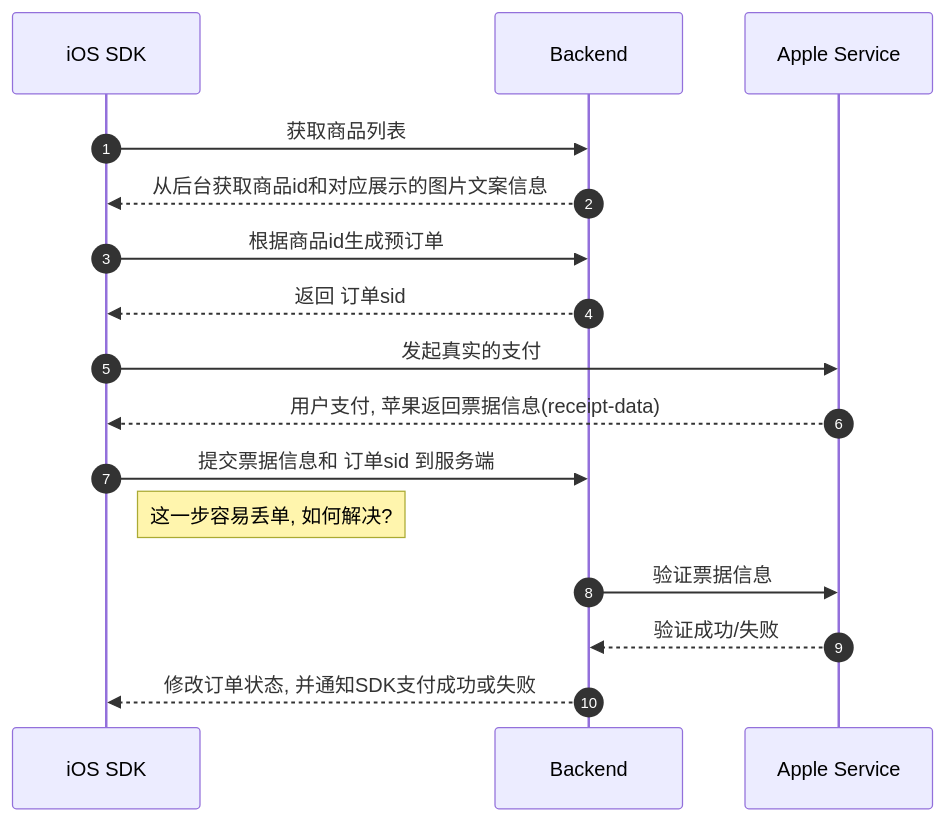
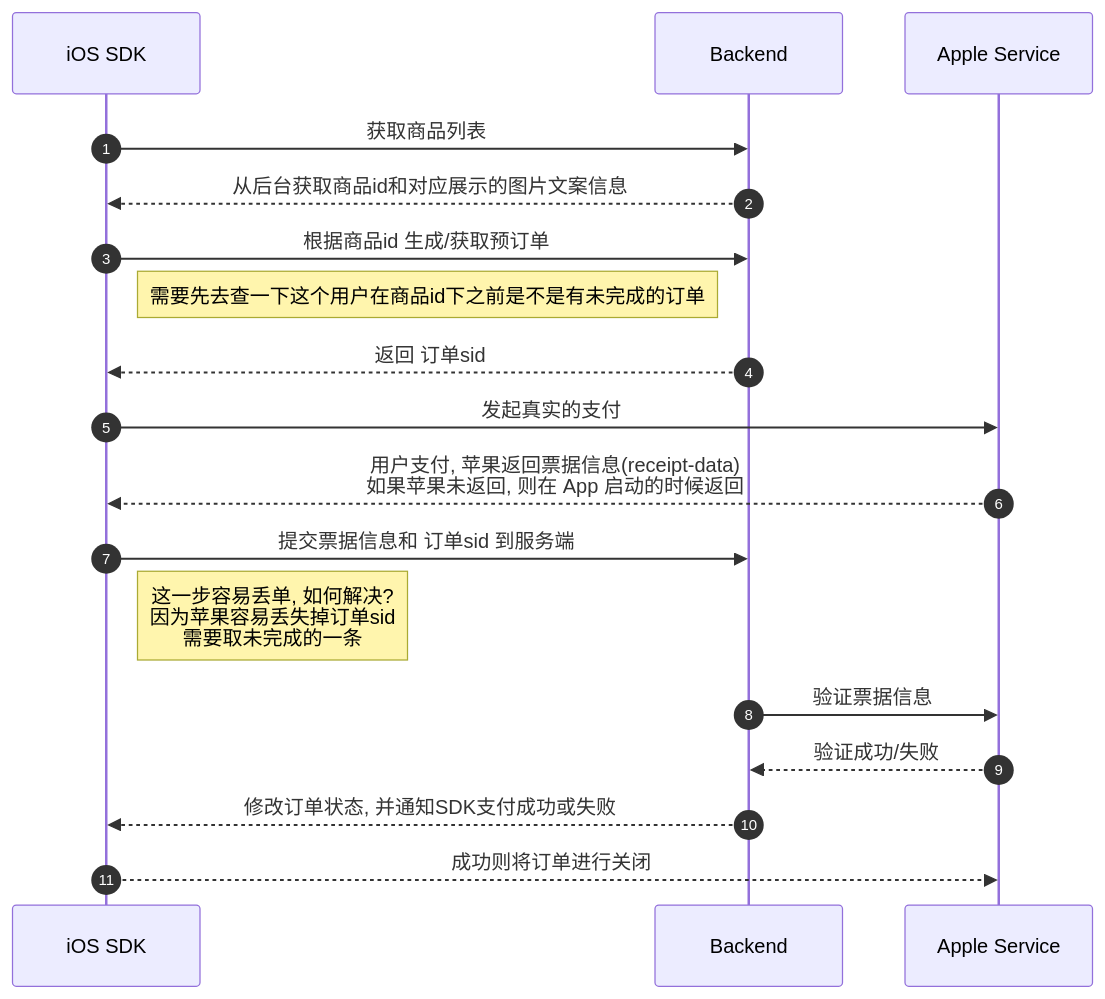
The first of 2 diagrams in _posts/2021-07-28-apple-pay.md (dengqinghua/dengqinghua.github.io), drawn with Mermaid before and after one commit. The commit also changed other lines of this file and 2 other files, not shown here.

```diff
--- a/_posts/2021-07-28-apple-pay.md
+++ b/_posts/2021-07-28-apple-pay.md
@@ -8,18 +8,20 @@
 <div class="mermaid" markdown="0">
 sequenceDiagram
     autonumber
     participant sdk as iOS SDK
     participant b as Backend
     participant as as Apple Service
     sdk->>b: 获取商品列表
     b-->>sdk: 从后台获取商品id和对应展示的图片文案信息
-    sdk->>b: 根据商品id生成预订单
+    sdk->>b: 根据商品id 生成/获取预订单
+    Note right of sdk: 需要先去查一下这个用户在商品id下之前是不是有未完成的订单
     b-->>sdk: 返回 订单sid
     sdk->>as: 发起真实的支付
-    as-->>sdk: 用户支付, 苹果返回票据信息(receipt-data)
+    as-->>sdk: 用户支付, 苹果返回票据信息(receipt-data)<br />如果苹果未返回, 则在 App 启动的时候返回
     sdk->>b: 提交票据信息和 订单sid 到服务端
-    Note right of sdk: 这一步容易丢单, 如何解决?
+    Note right of sdk: 这一步容易丢单, 如何解决? <br />因为苹果容易丢失掉订单sid <br />需要取未完成的一条
     b->>as: 验证票据信息
     as-->>b: 验证成功/失败
     b-->>sdk: 修改订单状态, 并通知SDK支付成功或失败
+    sdk-->>as: 成功则将订单进行关闭
 </div>
```
